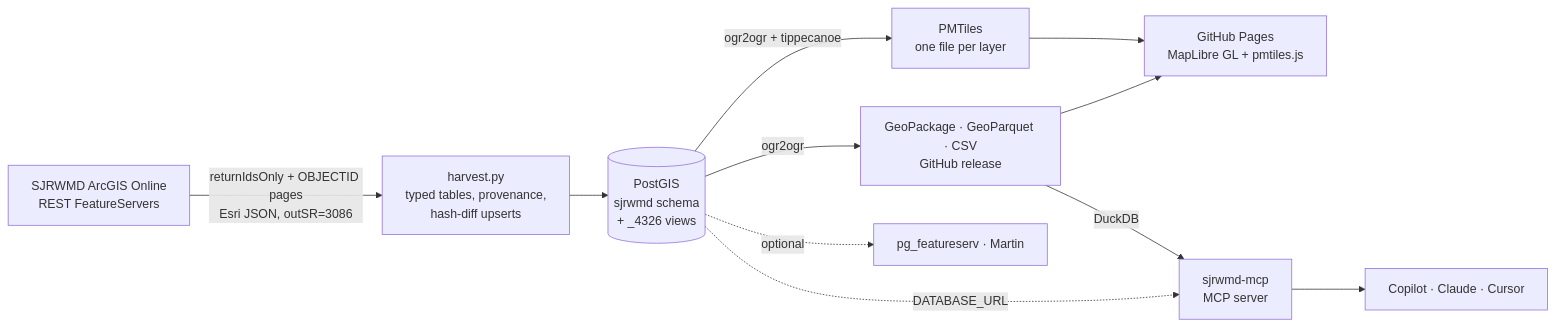
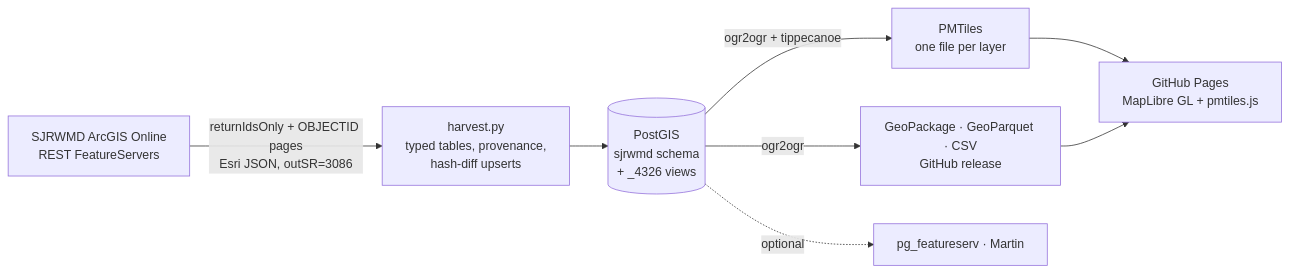
Before and after one commit to knightchrism/sjrwmd-open-data: the diagram in README.md, drawn with Mermaid. The commit also changed other lines of this file and 36 other files, not shown here.

Commit message:
Remove MCP server and AI demo from the public portal

````diff
--- a/README.md
+++ b/README.md
@@ -51,13 +51,10 @@
 ```mermaid
 flowchart LR
   A["SJRWMD ArcGIS Online<br/>REST FeatureServers"] -->|"returnIdsOnly + OBJECTID pages<br/>Esri JSON, outSR=3086"| B["harvest.py<br/>typed tables, provenance,<br/>hash-diff upserts"]
   B --> C[("PostGIS<br/>sjrwmd schema<br/>+ _4326 views")]
   C -->|"ogr2ogr + tippecanoe"| D["PMTiles<br/>one file per layer"]
   C -->|"ogr2ogr"| E["GeoPackage · GeoParquet · CSV<br/>GitHub release"]
   D --> F["GitHub Pages<br/>MapLibre GL + pmtiles.js"]
   E --> F
   C -.->|optional| G["pg_featureserv · Martin"]
-  E -->|"DuckDB"| H["sjrwmd-mcp<br/>MCP server"]
-  C -.->|"DATABASE_URL"| H
-  H --> I["Copilot · Claude · Cursor"]
 ```
````
